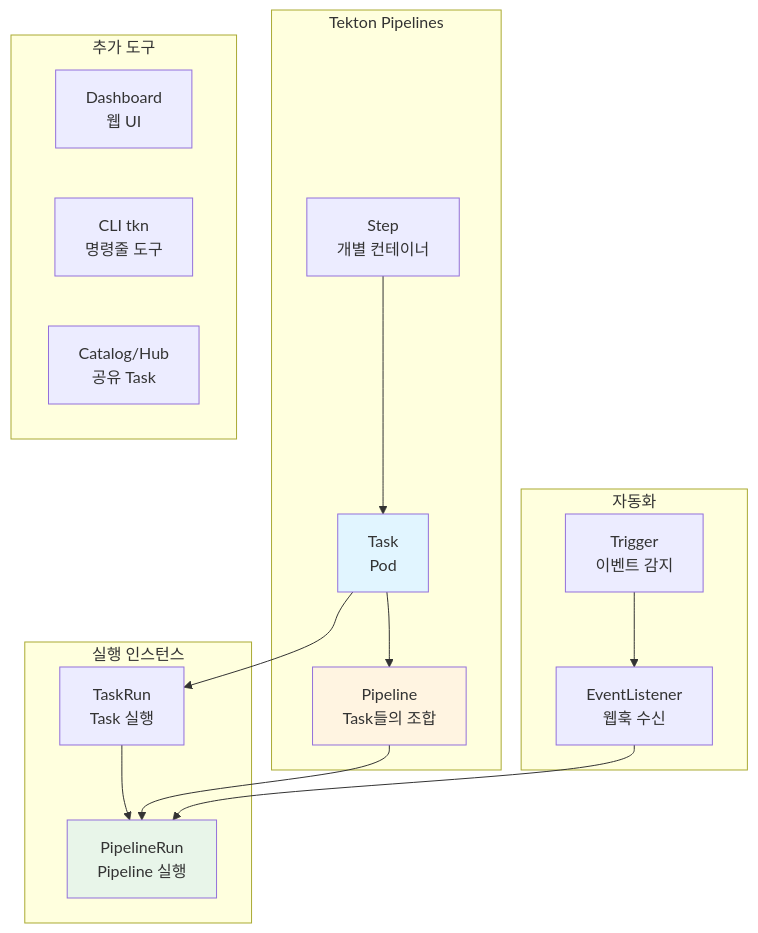
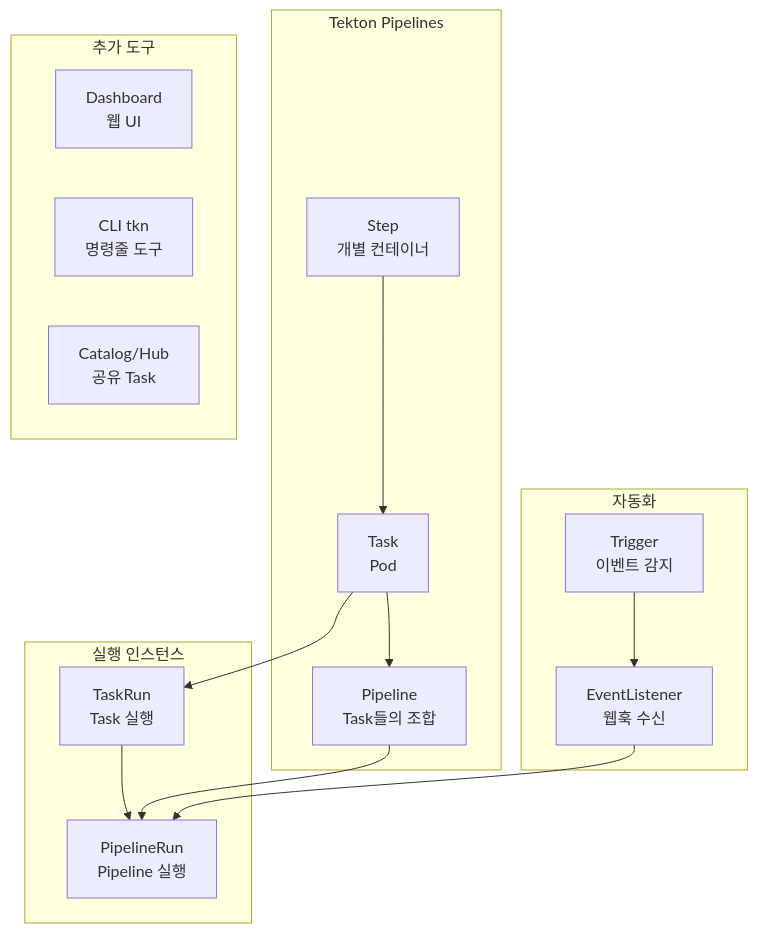
The sixth of 10 diagrams in docs/cicd/week2-helm-tekton.md (juwon8891/juwon8891.github.io), drawn with Mermaid before and after one commit. The commit also changed other lines of this file and 18 other files, not shown here.

Commit message:
Remove bright colors from Mermaid diagrams for dark mode compatibility

````diff
--- a/docs/cicd/week2-helm-tekton.md
+++ b/docs/cicd/week2-helm-tekton.md
@@ -826,29 +821,26 @@
 ```mermaid
 graph TB
     subgraph "Tekton Pipelines"
         A[Step<br/>개별 컨테이너] --> B[Task<br/>Pod]
         B --> C[Pipeline<br/>Task들의 조합]
     end
 
     subgraph "실행 인스턴스"
         D[TaskRun<br/>Task 실행] --> E[PipelineRun<br/>Pipeline 실행]
     end
 
     subgraph "자동화"
         F[Trigger<br/>이벤트 감지] --> G[EventListener<br/>웹훅 수신]
     end
 
     subgraph "추가 도구"
         H[Dashboard<br/>웹 UI]
         I[CLI tkn<br/>명령줄 도구]
         J[Catalog/Hub<br/>공유 Task]
     end
 
     C --> E
     B --> D
     G --> E
 
-    style B fill:#e1f5ff
-    style C fill:#fff4e1
-    style E fill:#e8f5e9
 ```
````
